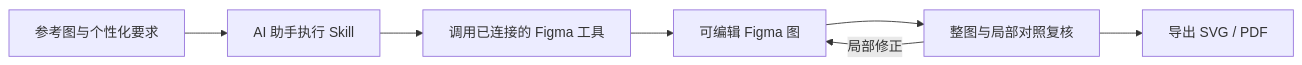
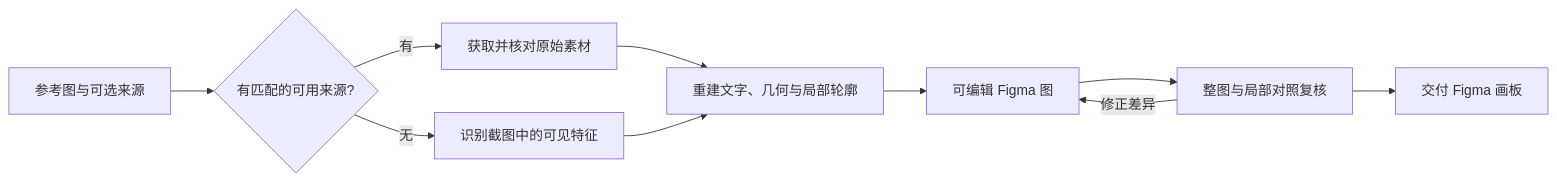
Before and after one commit to sidiangongyuan/paper-figure-to-figma: the diagram in README.zh-CN.md, drawn with Mermaid. The commit also changed other lines of this file and 67 other files, not shown here.

````diff
--- a/README.zh-CN.md
+++ b/README.zh-CN.md
@@ -85,9 +88,12 @@
 ```mermaid
 flowchart LR
-    A[参考图与个性化要求] --> B[AI 助手执行 Skill]
-    B --> C[调用已连接的 Figma 工具]
-    C --> D[可编辑 Figma 图]
-    D --> E[整图与局部对照复核]
-    E -->|局部修正| D
-    E --> F[导出 SVG / PDF]
+    A[参考图与可选来源] --> B{有匹配的可用来源?}
+    B -->|有| C[获取并核对原始素材]
+    B -->|无| D[识别截图中的可见特征]
+    C --> E[重建文字、几何与局部轮廓]
+    D --> E
+    E --> F[可编辑 Figma 图]
+    F --> G[整图与局部对照复核]
+    G -->|修正差异| F
+    G --> H[交付 Figma 画板]
 ```
````
